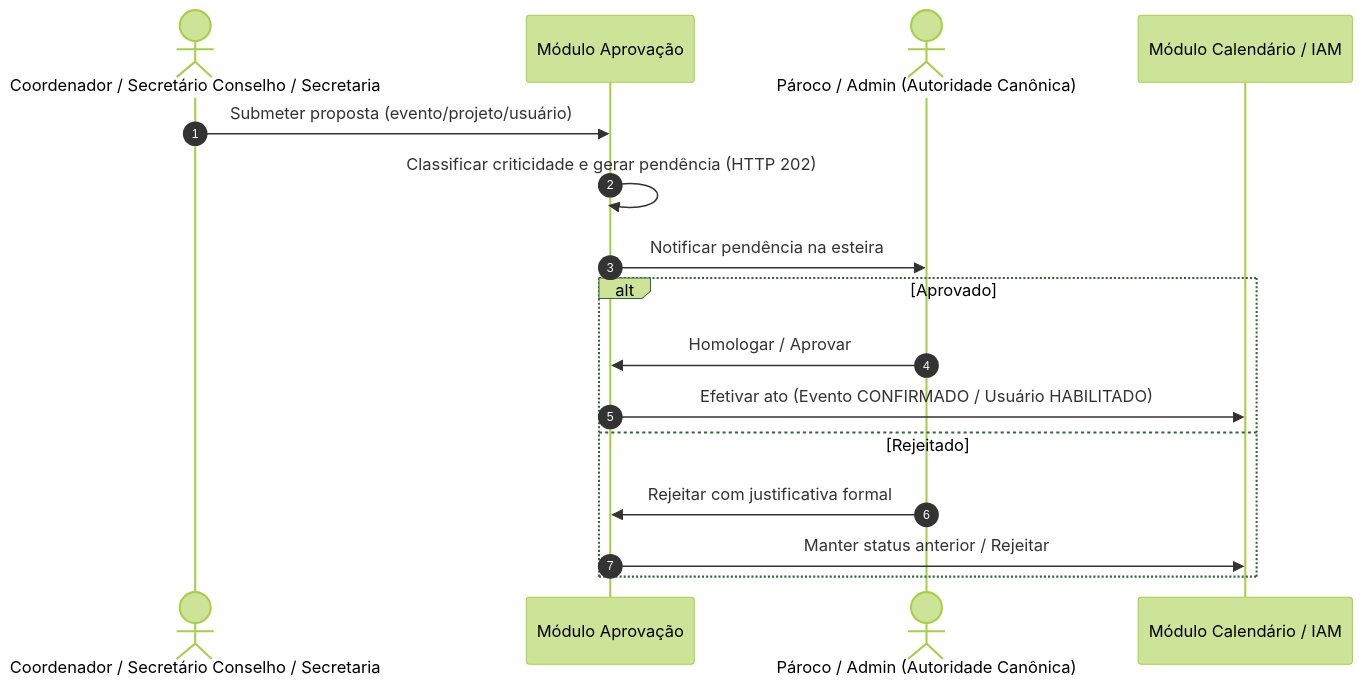
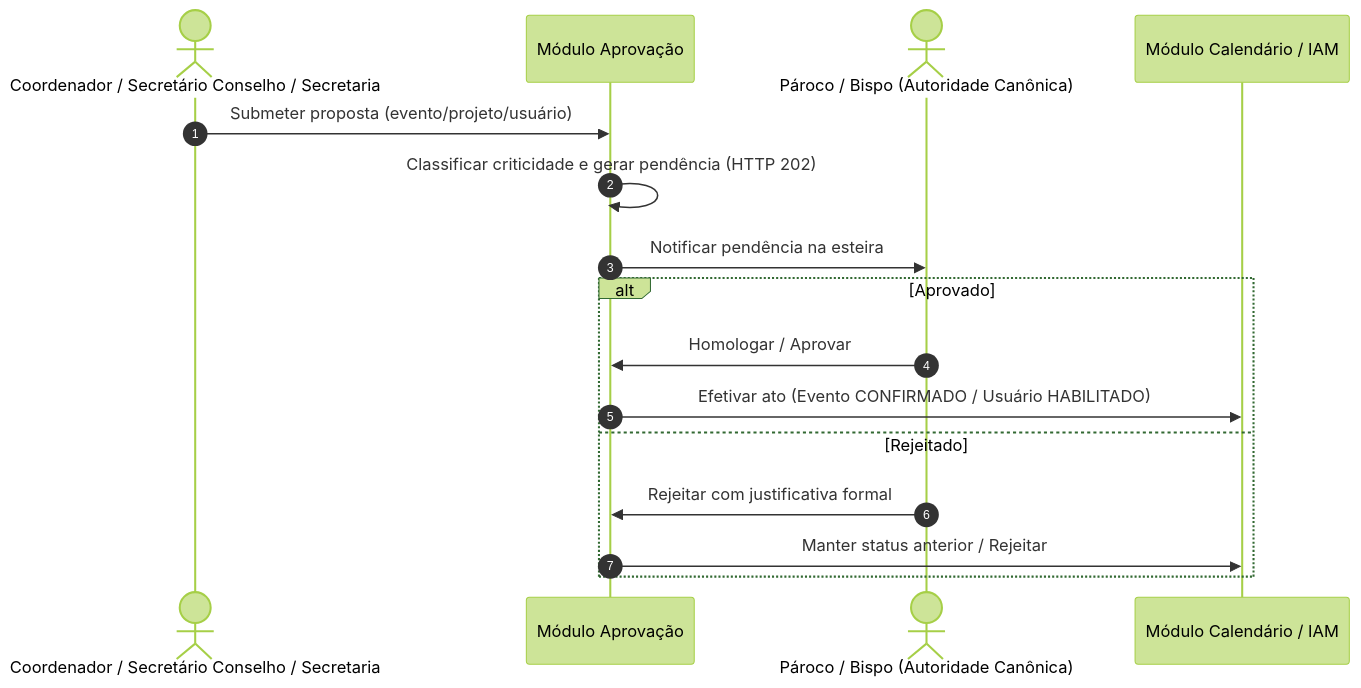
One commit to BrunoLV/paroquia changed the diagram in docs/business-rules/aprovacao.md. Above: the diagram before and after it, drawn with Mermaid (forest theme). The commit also changed other lines of this file and 467 other files, not shown here.

````diff
--- a/docs/business-rules/aprovacao.md
+++ b/docs/business-rules/aprovacao.md
@@ -47,19 +52,19 @@
 ```mermaid
 sequenceDiagram
     autonumber
     actor Propositor as Coordenador / Secretário Conselho / Secretaria
     participant Modulo as Módulo Aprovação
-    actor Paroco as Pároco / Admin (Autoridade Canônica)
+    actor Paroco as Pároco / Bispo (Autoridade Canônica)
     participant Evento as Módulo Calendário / IAM
 
     Propositor->>Modulo: Submeter proposta (evento/projeto/usuário)
     Modulo->>Modulo: Classificar criticidade e gerar pendência (HTTP 202)
     Modulo->>Paroco: Notificar pendência na esteira
     alt Aprovado
         Paroco->>Modulo: Homologar / Aprovar
         Modulo->>Evento: Efetivar ato (Evento CONFIRMADO / Usuário HABILITADO)
     else Rejeitado
         Paroco->>Modulo: Rejeitar com justificativa formal
         Modulo->>Evento: Manter status anterior / Rejeitar
     end
 ```
````
